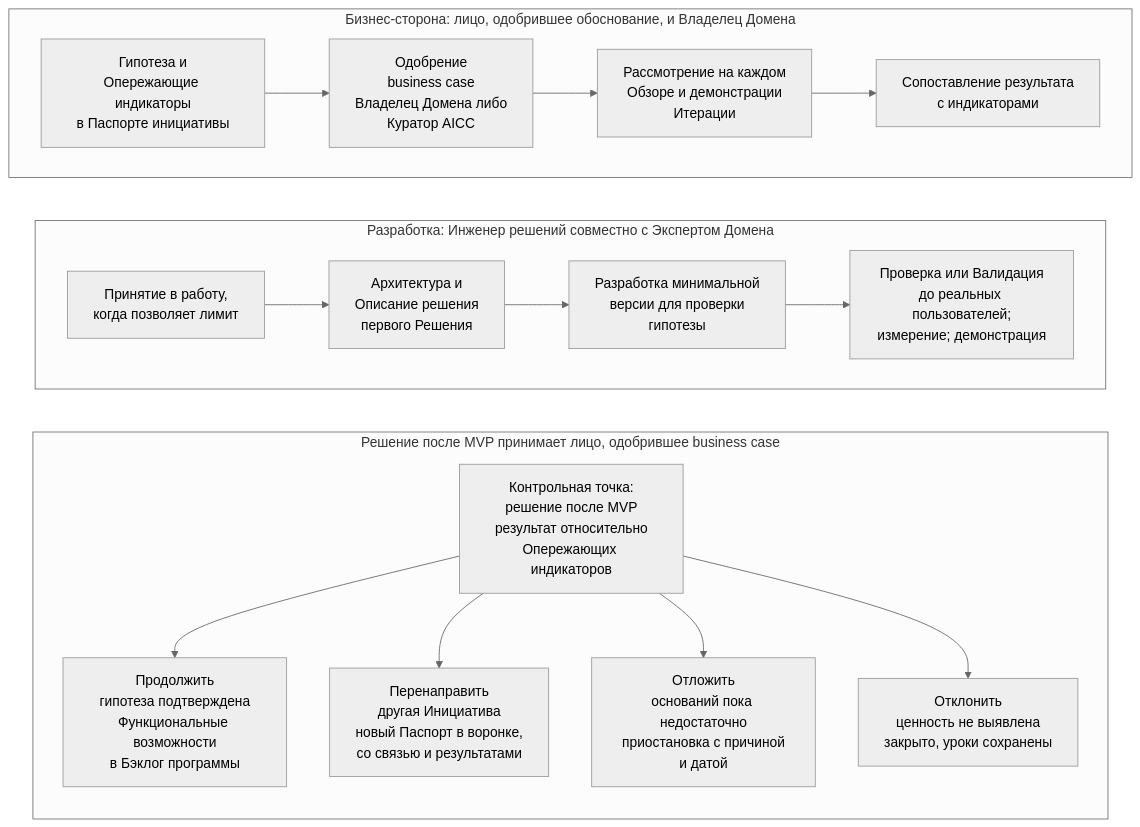
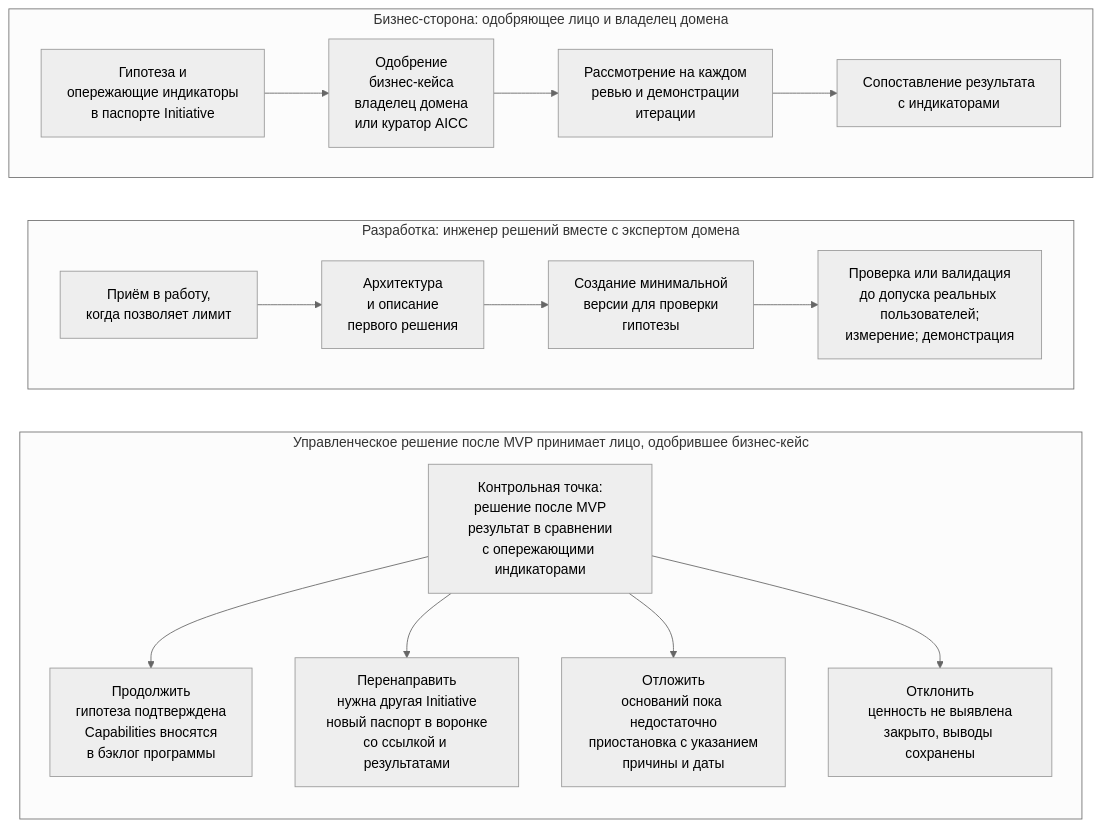
One commit to devhogu/ob-aicc changed the diagram in portal/content/ru/portfolio/the-business-case-and-the-mvp.md. Above: the diagram before and after it, drawn with Mermaid (neutral theme). The commit also changed other lines of this file and 16 other files, not shown here.

````diff
--- a/portal/content/ru/portfolio/the-business-case-and-the-mvp.md
+++ b/portal/content/ru/portfolio/the-business-case-and-the-mvp.md
@@ -39,24 +39,24 @@
 ```mermaid
 flowchart TB
-  subgraph BUS["Бизнес-сторона: лицо, одобрившее обоснование, и Владелец Домена"]
+  subgraph BUS["Бизнес-сторона: одобряющее лицо и владелец домена"]
     direction LR
-    B1["Гипотеза и<br/>Опережающие индикаторы<br/>в Паспорте инициативы"] --> B2["Одобрение<br/>business case<br/>Владелец Домена либо<br/>Куратор AICC"]
-    B2 --> B3["Рассмотрение на каждом<br/>Обзоре и демонстрации<br/>Итерации"]
+    B1["Гипотеза и<br/>опережающие индикаторы<br/>в паспорте Initiative"] --> B2["Одобрение<br/>бизнес-кейса<br/>владелец домена<br/>или куратор AICC"]
+    B2 --> B3["Рассмотрение на каждом<br/>ревью и демонстрации<br/>итерации"]
     B3 --> B4["Сопоставление результата<br/>с индикаторами"]
   end
-  subgraph DEV["Разработка: Инженер решений совместно с Экспертом Домена"]
+  subgraph DEV["Разработка: инженер решений вместе с экспертом домена"]
     direction LR
-    D1["Принятие в работу,<br/>когда позволяет лимит"] --> D2["Архитектура и<br/>Описание решения<br/>первого Решения"]
-    D2 --> D3["Разработка минимальной<br/>версии для проверки<br/>гипотезы"]
-    D3 --> D4["Проверка или Валидация<br/>до реальных пользователей;<br/>измерение; демонстрация"]
+    D1["Приём в работу,<br/>когда позволяет лимит"] --> D2["Архитектура<br/>и описание<br/>первого решения"]
+    D2 --> D3["Создание минимальной<br/>версии для проверки<br/>гипотезы"]
+    D3 --> D4["Проверка или валидация<br/>до допуска реальных пользователей;<br/>измерение; демонстрация"]
   end
-  subgraph DEC["Решение после MVP принимает лицо, одобрившее business case"]
+  subgraph DEC["Управленческое решение после MVP принимает лицо, одобрившее бизнес-кейс"]
     direction TB
-    G["Контрольная точка:<br/>решение после MVP<br/>результат относительно<br/>Опережающих индикаторов"] --> C["Продолжить<br/>гипотеза подтверждена<br/>Функциональные возможности<br/>в Бэклог программы"]
-    G --> P["Перенаправить<br/>другая Инициатива<br/>новый Паспорт в воронке,<br/>со связью и результатами"]
-    G --> F["Отложить<br/>оснований пока недостаточно<br/>приостановка с причиной<br/>и датой"]
-    G --> R["Отклонить<br/>ценность не выявлена<br/>закрыто, уроки сохранены"]
+    G["Контрольная точка:<br/>решение после MVP<br/>результат в сравнении<br/>с опережающими индикаторами"] --> C["Продолжить<br/>гипотеза подтверждена<br/>Capabilities вносятся<br/>в бэклог программы"]
+    G --> P["Перенаправить<br/>нужна другая Initiative<br/>новый паспорт в воронке<br/>со ссылкой и результатами"]
+    G --> F["Отложить<br/>оснований пока недостаточно<br/>приостановка с указанием<br/>причины и даты"]
+    G --> R["Отклонить<br/>ценность не выявлена<br/>закрыто, выводы сохранены"]
   end
   BUS ~~~ DEV
   DEV ~~~ DEC
 ```
````
